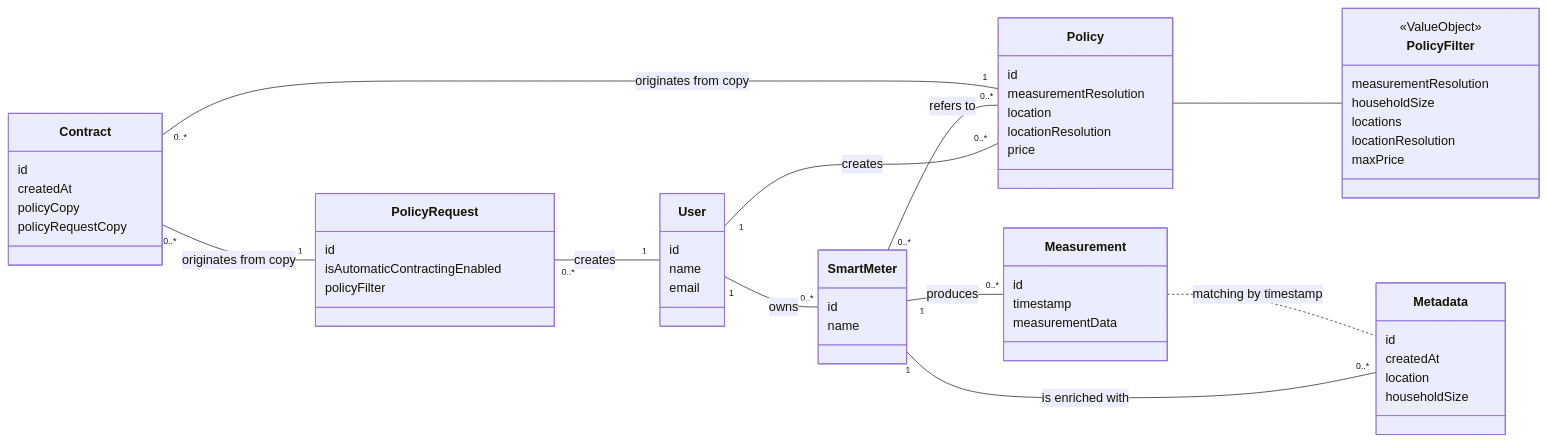
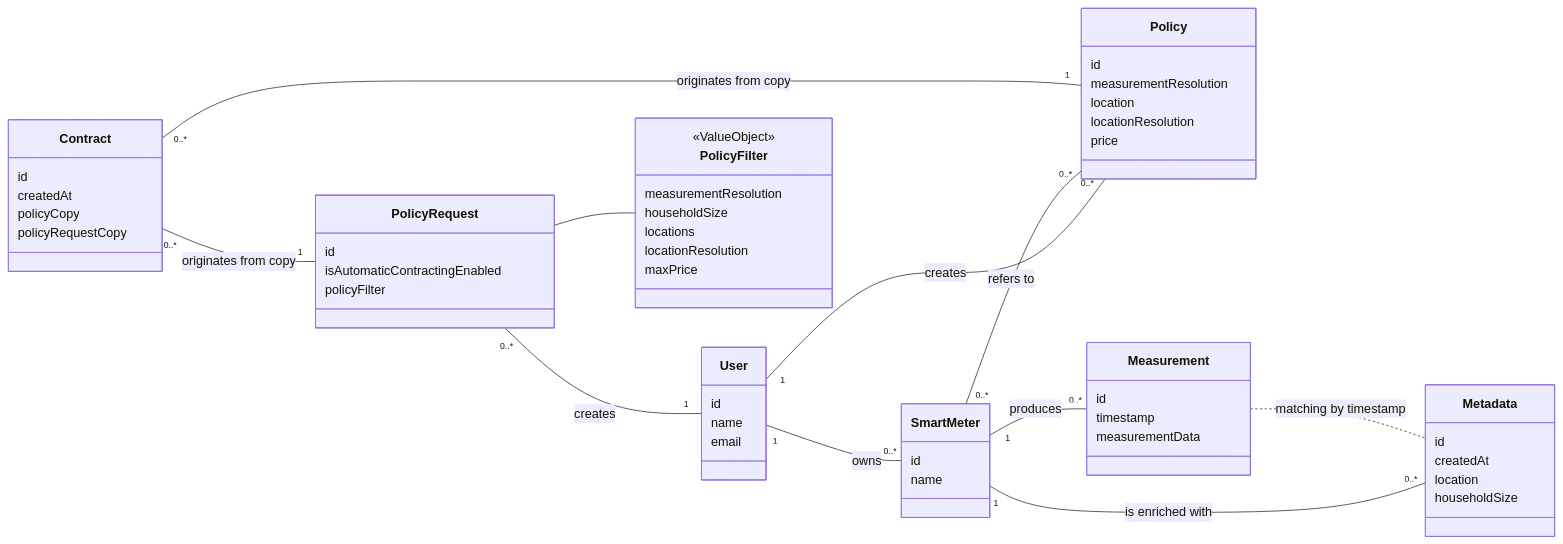
One commit to SM-MAMI/smaiax-backend changed the diagram in README.md. Above: the diagram before and after it, drawn with Mermaid.

Commit message:
docs(readme): update domain model diagram to connect PolicyFilter to PolicyRequest

````diff
--- a/README.md
+++ b/README.md
@@ -12,69 +12,69 @@
 ```mermaid
 classDiagram
 direction LR    
     
 class User {
     id
     name
     email
 }
 
 class Contract {
     id
     createdAt
     policyCopy
     policyRequestCopy
 }
 
 class Policy {
     id
     measurementResolution
     location
     locationResolution
     price
 }
 
 class SmartMeter {
     id
     name
 }
 
 class Metadata {
     id
     createdAt
     location
     householdSize
 }
 
 class Measurement {
     id
     timestamp
     measurementData
 }
 
 class PolicyRequest {
     id
     isAutomaticContractingEnabled
     policyFilter
 }
 
 class PolicyFilter {
     <<ValueObject>>
     measurementResolution
     householdSize
     locations
     locationResolution
     maxPrice
 }
 
 Measurement .. Metadata : matching by timestamp
 Contract "0..*" -- "1" Policy : originates from copy
 Contract "0..*" -- "1" PolicyRequest : originates from copy
 Policy "0..*" -- "1" User : creates
-Policy -- PolicyFilter
+    PolicyRequest -- PolicyFilter
 PolicyRequest "0..*" -- "1" User : creates
 User "1" -- "0..*" SmartMeter : owns
 SmartMeter "0..*" -- "0..*" Policy : refers to
 SmartMeter "1" -- "0..*" Measurement : produces
 SmartMeter "1" -- "0..*" Metadata : is enriched with
 ```
````
